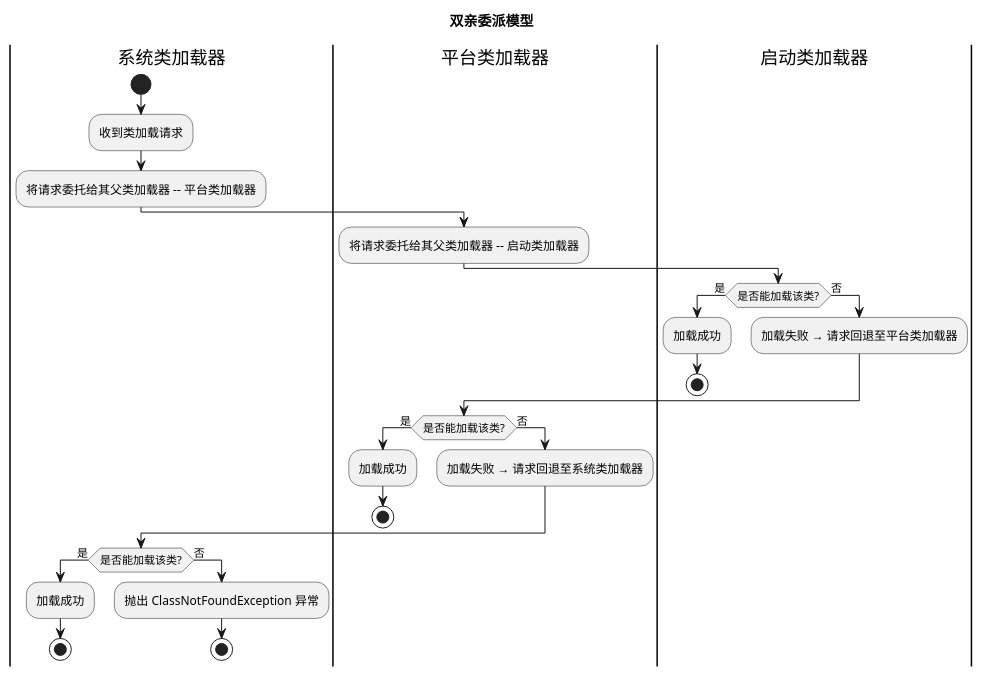
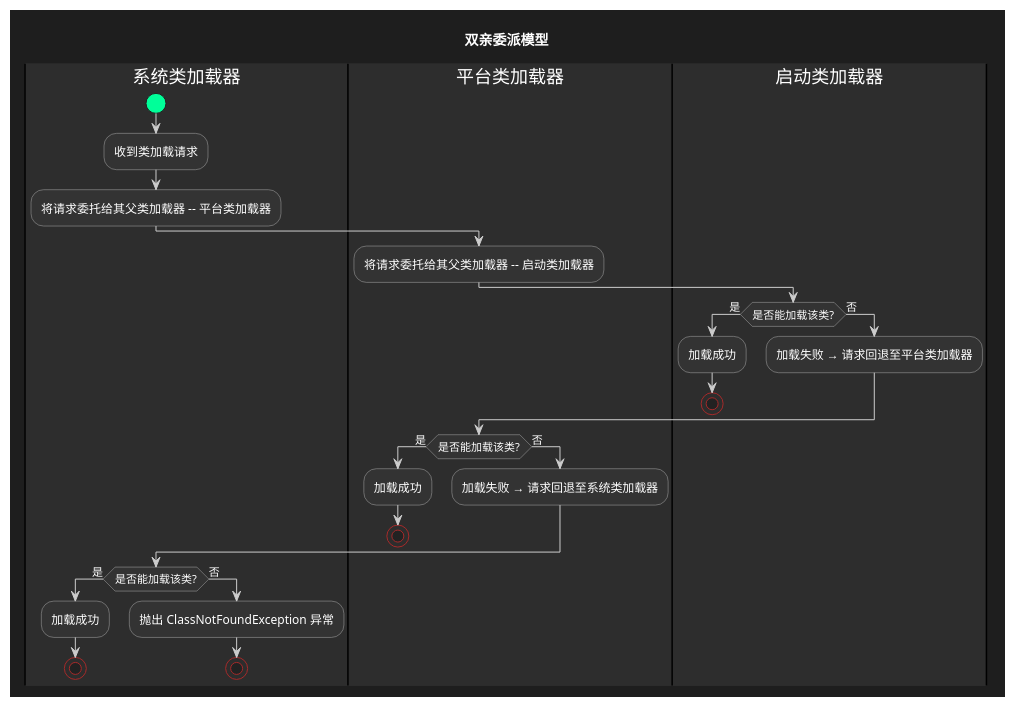
The diagram in 01.Articles/Java/核心篇/类加载器.md (xihuanxiaorang/my-obsidian-notes), drawn with PlantUML before and after one commit. The commit also changed other lines of this file and 13 other files, not shown here.

````diff
--- a/01.Articles/Java/核心篇/类加载器.md
+++ b/01.Articles/Java/核心篇/类加载器.md
@@ -114,39 +114,67 @@
 ```plantuml
 @startuml
+
+' 深色背景
+skinparam backgroundColor #1E1E1E
+skinparam defaultTextColor #FFFFFF
+
+' 全局标题颜色
+skinparam TitleFontColor #FFFFFF
+
+' 活动框
+skinparam ActivityBackgroundColor #333333
+skinparam ActivityBorderColor #AAAAAA
+skinparam ActivityFontColor #FFFFFF
+
+' 决策菱形
+skinparam DiamondBackgroundColor #444444
+skinparam DiamondBorderColor #AAAAAA
+skinparam DiamondFontColor #FFD966
+
+' 箭头
+skinparam ArrowColor #CCCCCC
+skinparam ArrowFontColor #FFFFFF
+skinparam LineColor #CCCCCC
+
+' 起止点
+skinparam ActivityStartColor #00FF99
+skinparam ActivityStopColor  #A52A2A
+
 title 双亲委派模型
 
-|系统类加载器|
+|#2D2D2D|<color:#FFFFFF>系统类加载器</color>|
 start
 :收到类加载请求;
-:将请求委托给其父类加载器 -- 平台类加载器;
+:将请求委托给其父类加载器 -- <color:#FFFFFF>平台类加载器</color>;
 
-|平台类加载器|
-:将请求委托给其父类加载器 -- 启动类加载器;
+|#2D2D2D|<color:#FFFFFF>平台类加载器</color>|
+:将请求委托给其父类加载器 -- <color:#FFFFFF>启动类加载器</color>;
 
-|启动类加载器|
+|#2D2D2D|<color:#FFFFFF>启动类加载器</color>|
 if (是否能加载该类?) then (是)
   :加载成功;
   stop
 else (否)
   :加载失败 → 请求回退至平台类加载器;
 endif
 
-|平台类加载器|
+|#2D2D2D|<color:#FFFFFF>平台类加载器</color>|
 if (是否能加载该类?) then (是)
   :加载成功;
   stop
 else (否)
   :加载失败 → 请求回退至系统类加载器;
 endif
 
-|系统类加载器|
+|#2D2D2D|<color:#FFFFFF>系统类加载器</color>|
 if (是否能加载该类?) then (是)
   :加载成功;
   stop
 else (否)
   :抛出 ClassNotFoundException 异常;
   stop
 endif
 
 @enduml
+
 ```
````
